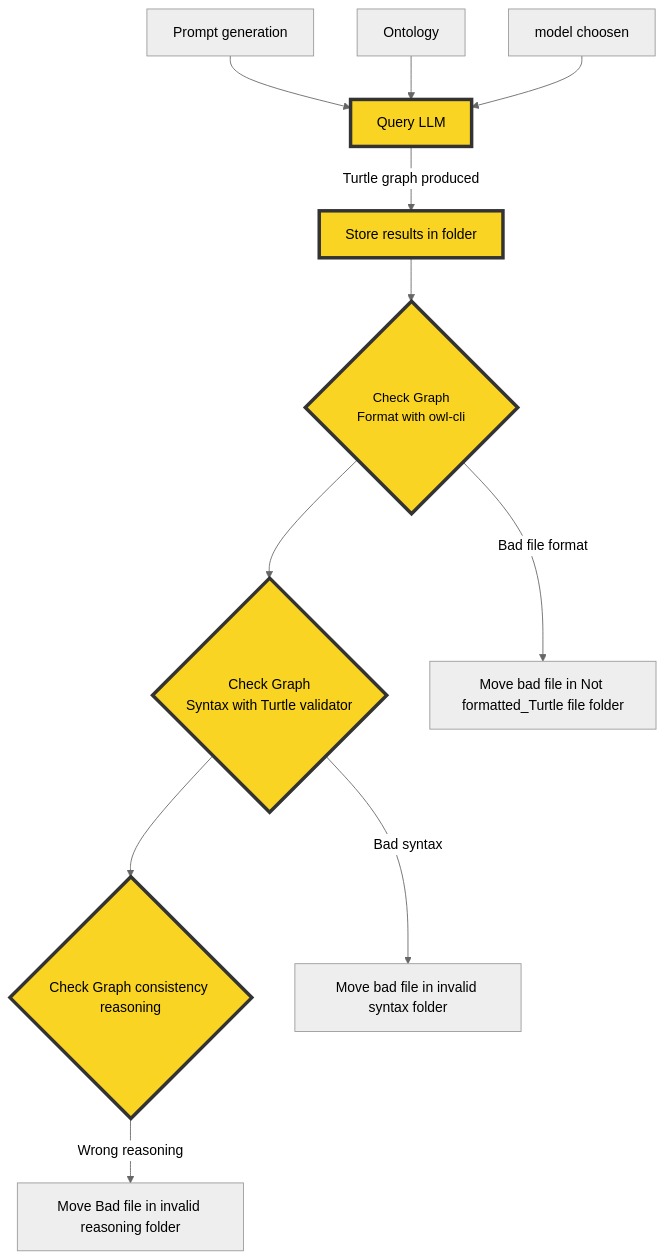
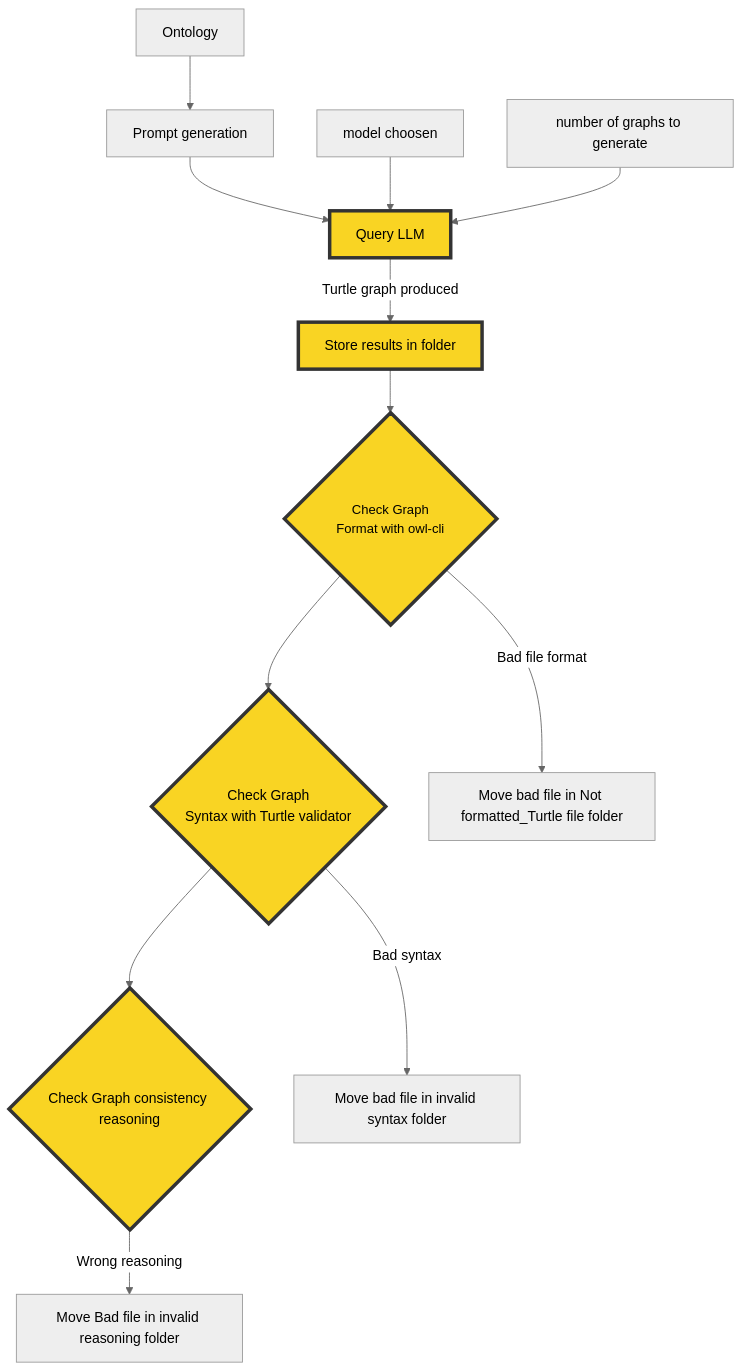
The diagram in docs/modules/generate_ttl.md (Orange-OpenSource/Ontology2Graph), drawn with Mermaid (neutral theme) before and after one commit. The commit also changed 4 other files, not shown here.

````diff
--- a/docs/modules/generate_ttl.md
+++ b/docs/modules/generate_ttl.md
@@ -38,24 +38,25 @@
 ```mermaid
 graph TD
+    B[Ontology] --> A
     A[Prompt generation] --> D[Query LLM]:::highlight
-    B[Ontology] --> D
     C[model choosen] --> D
+    CC[number of graphs to generate] --> D
 
     D -->|Turtle graph produced| DD[ Store results in folder ]:::highlight
 
     DD --> E{Check Graph 
     Format with owl-cli}:::highlight
 
     E --> F{Check Graph 
     Syntax with Turtle validator}:::highlight
     E --> |Bad file format|G[Move bad file in Not formatted_Turtle file folder]
 
     F --> H{Check Graph consistency reasoning}:::highlight
     F --> |Bad syntax|I[Move bad file in invalid syntax folder]
 
     H --> |Wrong reasoning|J[Move Bad file in invalid reasoning folder]
 
     classDef smallNode font-size:15px,padding:1px;
     class E smallNode;
     classDef highlight fill:#f9d423,stroke:#333,stroke-width:4px;
 ```
````
